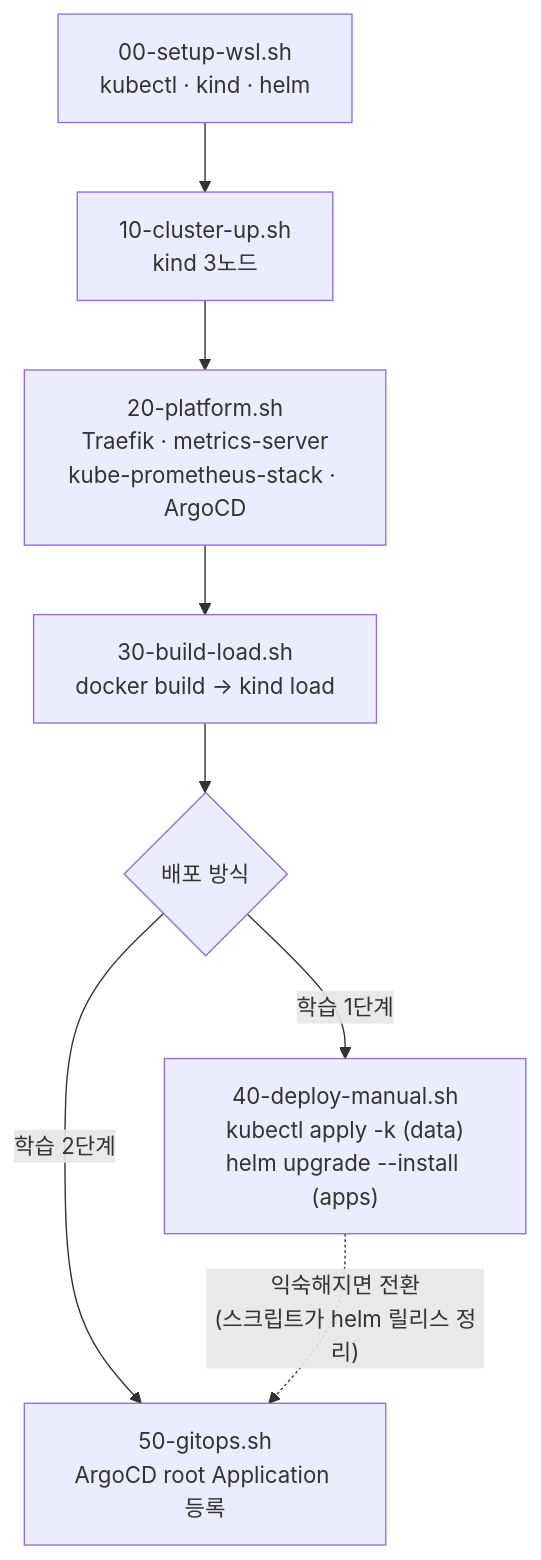
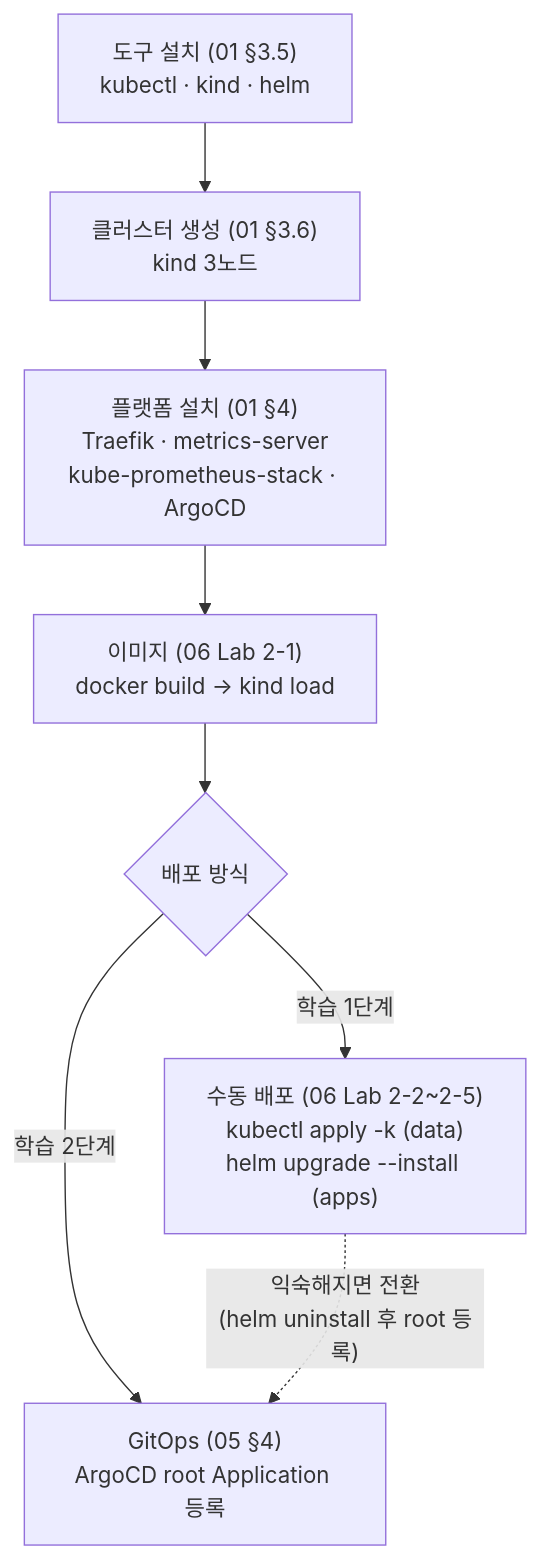
Before and after one commit to gunhaa/k8s: the tenth of 13 diagrams in docs/04-workflows.md, drawn with Mermaid. The commit also changed other lines of this file and 16 other files, not shown here.

````diff
--- a/docs/04-workflows.md
+++ b/docs/04-workflows.md
@@ -332,10 +332,10 @@
 ```mermaid
 flowchart TB
-  S0["00-setup-wsl.sh<br/>kubectl · kind · helm"] --> S1["10-cluster-up.sh<br/>kind 3노드"]
-  S1 --> S2["20-platform.sh<br/>Traefik · metrics-server<br/>kube-prometheus-stack · ArgoCD"]
-  S2 --> S3["30-build-load.sh<br/>docker build → kind load"]
+  S0["도구 설치 (01 §3.5)<br/>kubectl · kind · helm"] --> S1["클러스터 생성 (01 §3.6)<br/>kind 3노드"]
+  S1 --> S2["플랫폼 설치 (01 §4)<br/>Traefik · metrics-server<br/>kube-prometheus-stack · ArgoCD"]
+  S2 --> S3["이미지 (06 Lab 2-1)<br/>docker build → kind load"]
   S3 --> CHOICE{"배포 방식"}
-  CHOICE -->|"학습 1단계"| M["40-deploy-manual.sh<br/>kubectl apply -k (data)<br/>helm upgrade --install (apps)"]
-  CHOICE -->|"학습 2단계"| G["50-gitops.sh<br/>ArgoCD root Application 등록"]
-  M -.->|"익숙해지면 전환<br/>(스크립트가 helm 릴리스 정리)"| G
+  CHOICE -->|"학습 1단계"| M["수동 배포 (06 Lab 2-2~2-5)<br/>kubectl apply -k (data)<br/>helm upgrade --install (apps)"]
+  CHOICE -->|"학습 2단계"| G["GitOps (05 §4)<br/>ArgoCD root Application 등록"]
+  M -.->|"익숙해지면 전환<br/>(helm uninstall 후 root 등록)"| G
 ```
````
